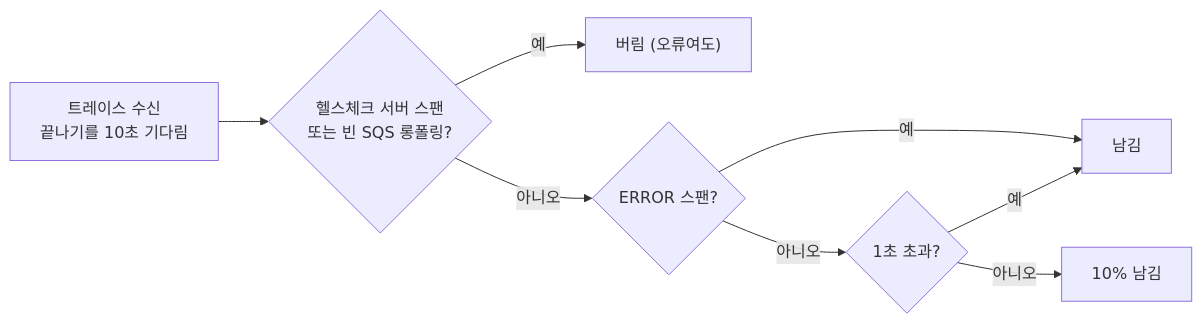
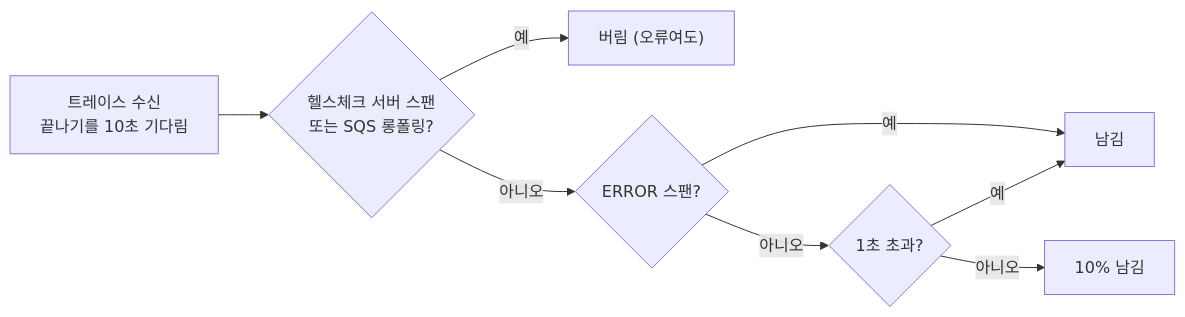
Before and after one commit to Grandis-2/nova-infra: the second of 4 diagrams in terraform/aws/monitoring/lgtm/nova_apnortheast2/config/README.md, drawn with Mermaid. The commit also changed other lines of this file and 1 other file, not shown here.

Commit message:
fix(monitoring): SQS 롱폴링 제외 조건을 클라이언트 ReceiveMessage 스팬으로 명시 (NV-538 리뷰)

````diff
--- a/terraform/aws/monitoring/lgtm/nova_apnortheast2/config/README.md
+++ b/terraform/aws/monitoring/lgtm/nova_apnortheast2/config/README.md
@@ -73,10 +73,10 @@
 ```mermaid
 flowchart LR
-  start["트레이스 수신<br/>끝나기를 10초 기다림"] --> noise{"헬스체크 서버 스팬<br/>또는 빈 SQS 롱폴링?"}
+  start["트레이스 수신<br/>끝나기를 10초 기다림"] --> noise{"헬스체크 서버 스팬<br/>또는 SQS 롱폴링?"}
   noise -- "예" --> drop["버림 (오류여도)"]
   noise -- "아니오" --> err{"ERROR 스팬?"}
   err -- "예" --> keep["남김"]
   err -- "아니오" --> slow{"1초 초과?"}
   slow -- "예" --> keep
   slow -- "아니오" --> pct["10% 남김"]
 ```
````
